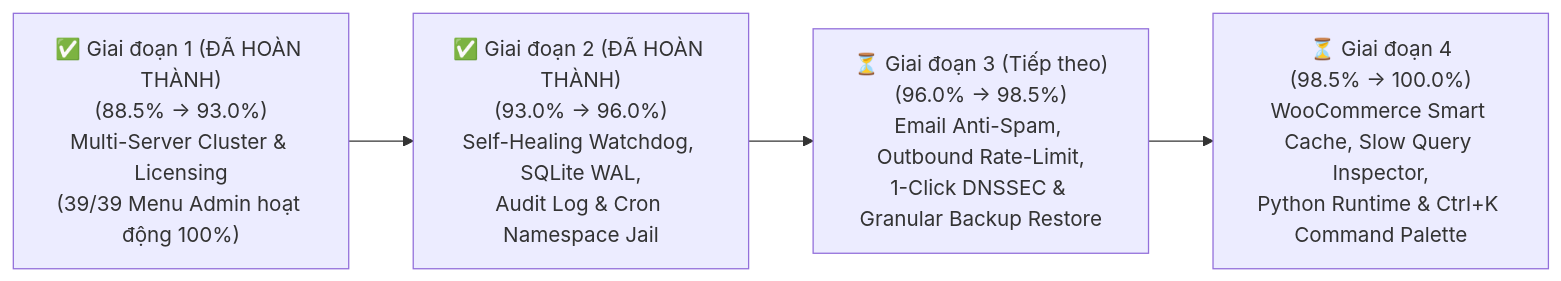
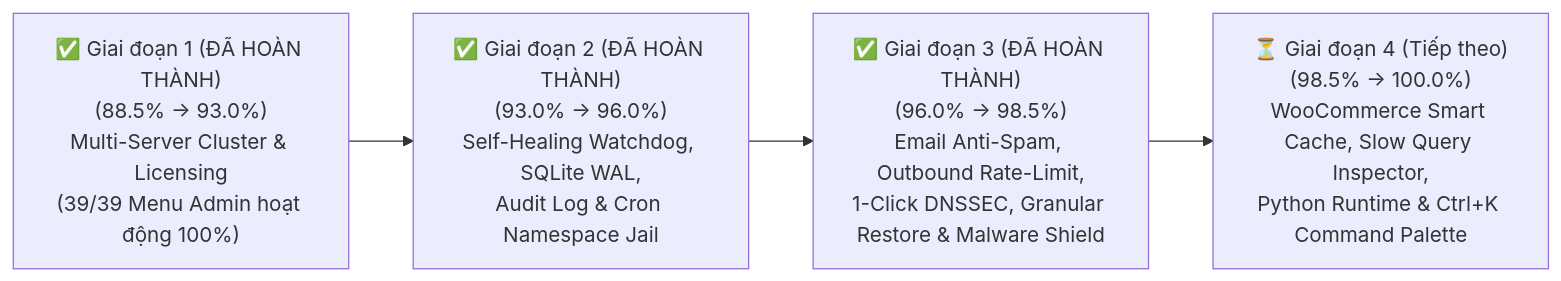
The diagram in plan-report/KE_HOACH_HOAN_THIEN_ENTERPRISE_100.md (shostwp-byte/spanel), drawn with Mermaid before and after one commit. The commit also changed other lines of this file and 29 other files, not shown here.

Commit message:
feat(enterprise-phase3): Email Anti-Spam/Rate-Limit, 1-Click DNSSEC, Granular Backup Restore + SHA-256, Core Stack Auto-Patch & Zero-RAM Malware Shield (98.5%)

````diff
--- a/plan-report/KE_HOACH_HOAN_THIEN_ENTERPRISE_100.md
+++ b/plan-report/KE_HOACH_HOAN_THIEN_ENTERPRISE_100.md
@@ -185,6 +170,6 @@
 ```mermaid
 flowchart LR
     P1["✅ Giai đoạn 1 (ĐÃ HOÀN THÀNH)<br/>(88.5% → 93.0%)<br/>Multi-Server Cluster & Licensing<br/>(39/39 Menu Admin hoạt động 100%)"] --> P2["✅ Giai đoạn 2 (ĐÃ HOÀN THÀNH)<br/>(93.0% → 96.0%)<br/>Self-Healing Watchdog, SQLite WAL,<br/>Audit Log & Cron Namespace Jail"]
-    P2 --> P3["⏳ Giai đoạn 3 (Tiếp theo)<br/>(96.0% → 98.5%)<br/>Email Anti-Spam, Outbound Rate-Limit,<br/>1-Click DNSSEC & Granular Backup Restore"]
-    P3 --> P4["⏳ Giai đoạn 4<br/>(98.5% → 100.0%)<br/>WooCommerce Smart Cache, Slow Query Inspector,<br/>Python Runtime & Ctrl+K Command Palette"]
+    P2 --> P3["✅ Giai đoạn 3 (ĐÃ HOÀN THÀNH)<br/>(96.0% → 98.5%)<br/>Email Anti-Spam, Outbound Rate-Limit,<br/>1-Click DNSSEC, Granular Restore & Malware Shield"]
+    P3 --> P4["⏳ Giai đoạn 4 (Tiếp theo)<br/>(98.5% → 100.0%)<br/>WooCommerce Smart Cache, Slow Query Inspector,<br/>Python Runtime & Ctrl+K Command Palette"]
 ```
````
